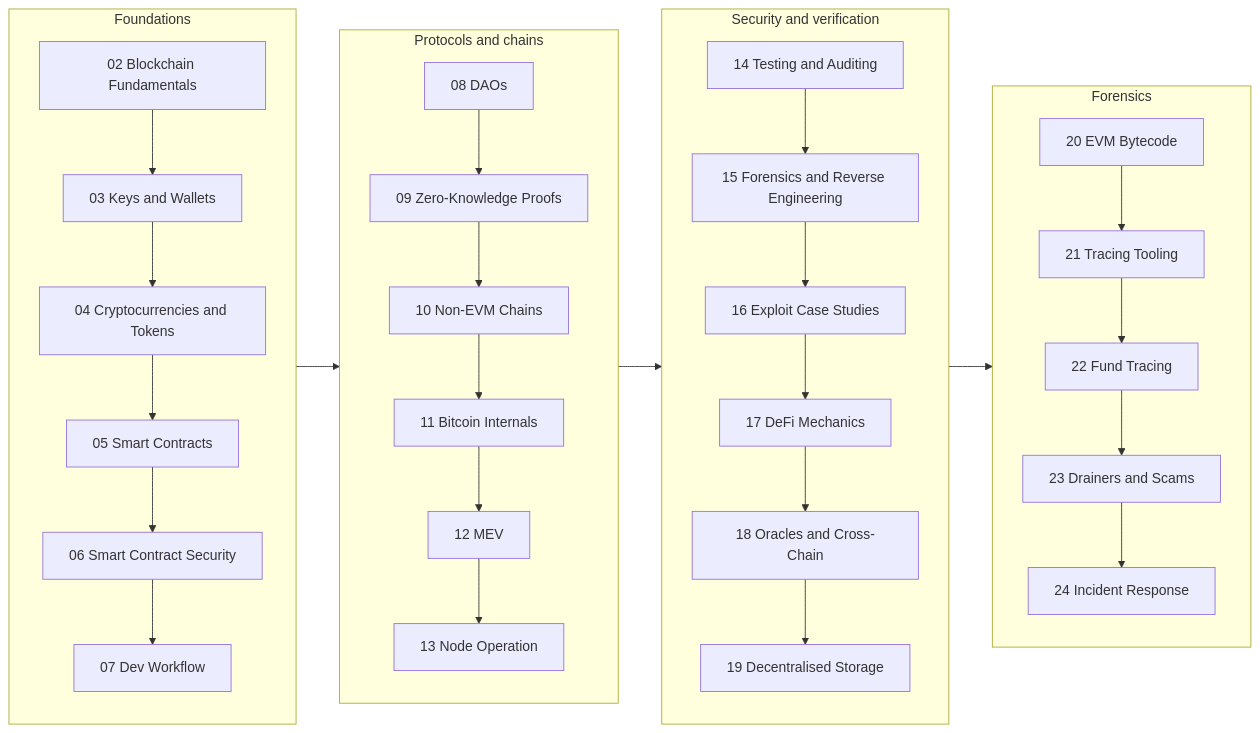
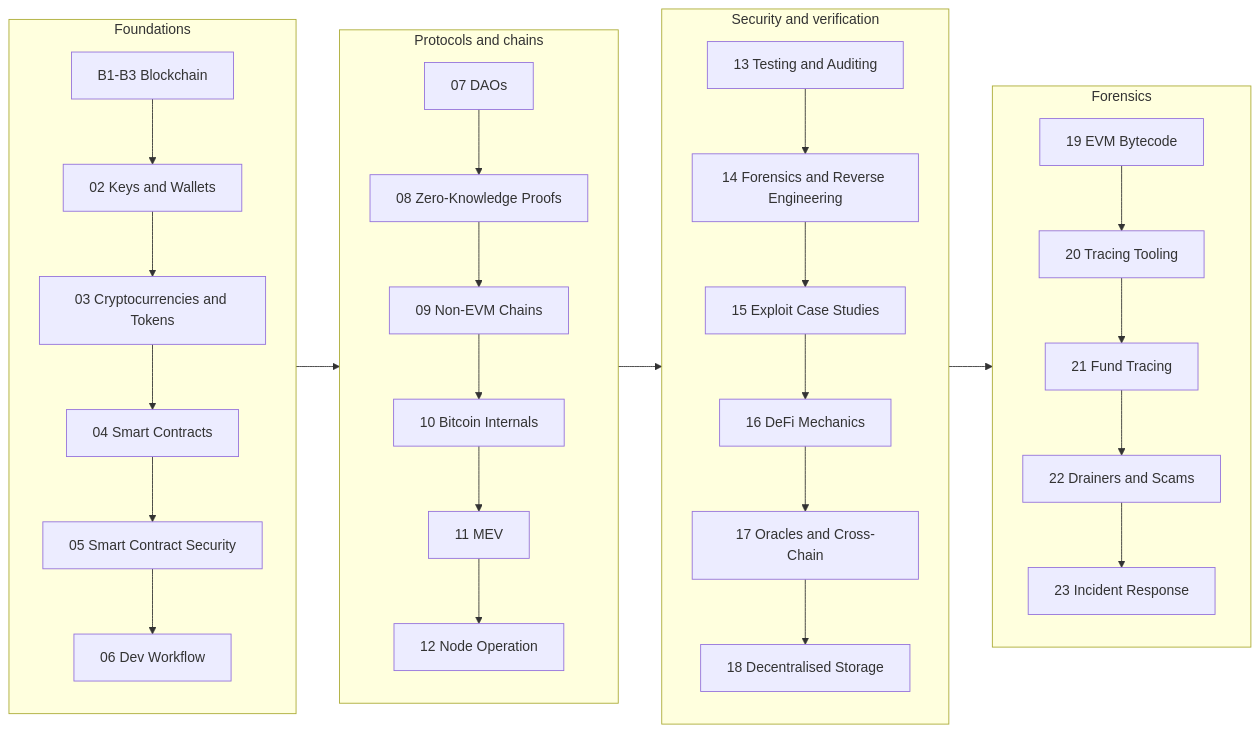
Before and after one commit to sharifndlovu123/knowledge_base_map: the first of 3 diagrams in Collection/13. Web3/1. Web3 Start Here.md, drawn with Mermaid. The commit also changed other lines of this file and 28 other files, not shown here.

````diff
--- a/Collection/13. Web3/1. Web3 Start Here.md
+++ b/Collection/13. Web3/1. Web3 Start Here.md
@@ -39,20 +39,20 @@
 ```mermaid
 flowchart LR
     subgraph T1["Foundations"]
         direction TB
-        N2["02 Blockchain Fundamentals"] --> N3["03 Keys and Wallets"] --> N4["04 Cryptocurrencies and Tokens"] --> N5["05 Smart Contracts"] --> N6["06 Smart Contract Security"] --> N7["07 Dev Workflow"]
+        N2["B1-B3 Blockchain"] --> N3["02 Keys and Wallets"] --> N4["03 Cryptocurrencies and Tokens"] --> N5["04 Smart Contracts"] --> N6["05 Smart Contract Security"] --> N7["06 Dev Workflow"]
     end
     subgraph T2["Protocols and chains"]
         direction TB
-        N8["08 DAOs"] --> N9["09 Zero-Knowledge Proofs"] --> N10["10 Non-EVM Chains"] --> N11["11 Bitcoin Internals"] --> N12["12 MEV"] --> N13["13 Node Operation"]
+        N8["07 DAOs"] --> N9["08 Zero-Knowledge Proofs"] --> N10["09 Non-EVM Chains"] --> N11["10 Bitcoin Internals"] --> N12["11 MEV"] --> N13["12 Node Operation"]
     end
     subgraph T3["Security and verification"]
         direction TB
-        N14["14 Testing and Auditing"] --> N15["15 Forensics and Reverse Engineering"] --> N16["16 Exploit Case Studies"] --> N17["17 DeFi Mechanics"] --> N18["18 Oracles and Cross-Chain"] --> N19["19 Decentralised Storage"]
+        N14["13 Testing and Auditing"] --> N15["14 Forensics and Reverse Engineering"] --> N16["15 Exploit Case Studies"] --> N17["16 DeFi Mechanics"] --> N18["17 Oracles and Cross-Chain"] --> N19["18 Decentralised Storage"]
     end
     subgraph T4["Forensics"]
         direction TB
-        N20["20 EVM Bytecode"] --> N21["21 Tracing Tooling"] --> N22["22 Fund Tracing"] --> N23["23 Drainers and Scams"] --> N24["24 Incident Response"]
+        N20["19 EVM Bytecode"] --> N21["20 Tracing Tooling"] --> N22["21 Fund Tracing"] --> N23["22 Drainers and Scams"] --> N24["23 Incident Response"]
     end
     T1 --> T2 --> T3 --> T4
 ```
````
